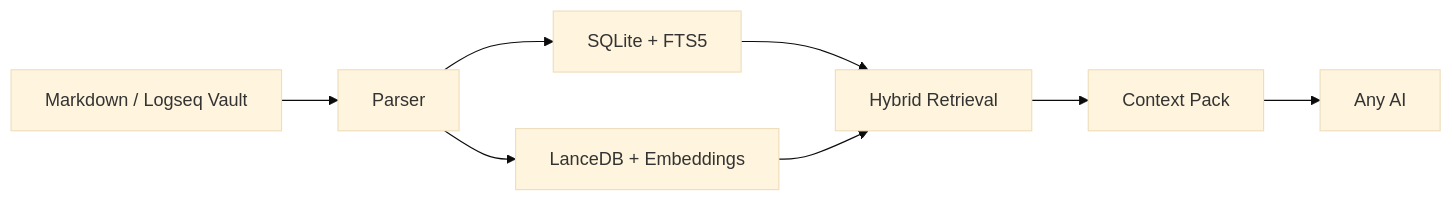
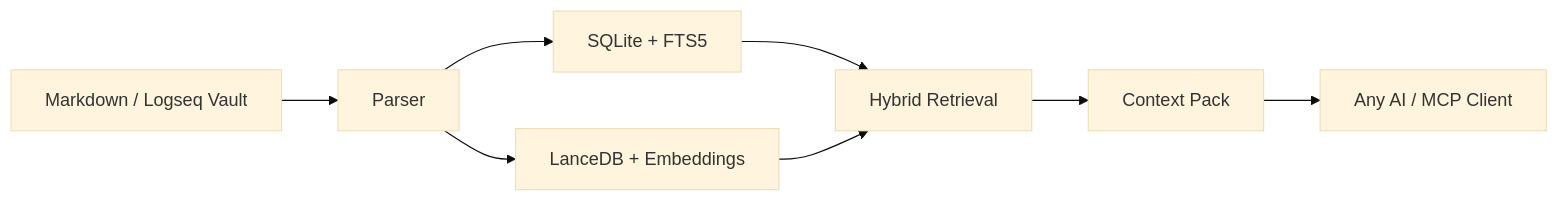
One commit to msjsc001/OmniClip-RAG changed the diagram in README.md. Above: the diagram before and after it, drawn with Mermaid (base theme). The commit also changed other lines of this file and 1 other file, not shown here.

````diff
--- a/README.md
+++ b/README.md
@@ -292,10 +302,10 @@
 ```mermaid
 flowchart LR
     A["Markdown / Logseq Vault"] --> B["Parser"]
     B --> C["SQLite + FTS5"]
     B --> D["LanceDB + Embeddings"]
     C --> E["Hybrid Retrieval"]
     D --> E
     E --> F["Context Pack"]
-    F --> G["Any AI"]
+    F --> G["Any AI / MCP Client"]
 ```
````
